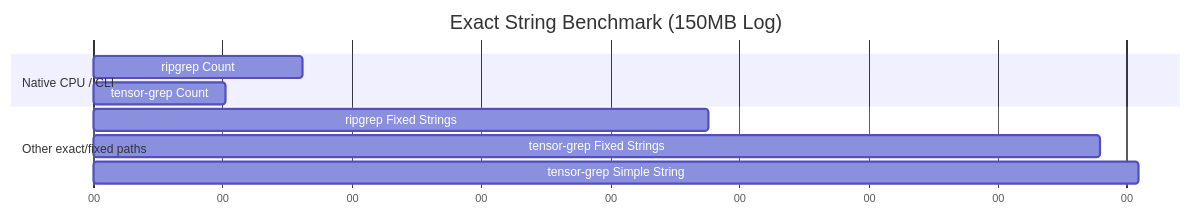
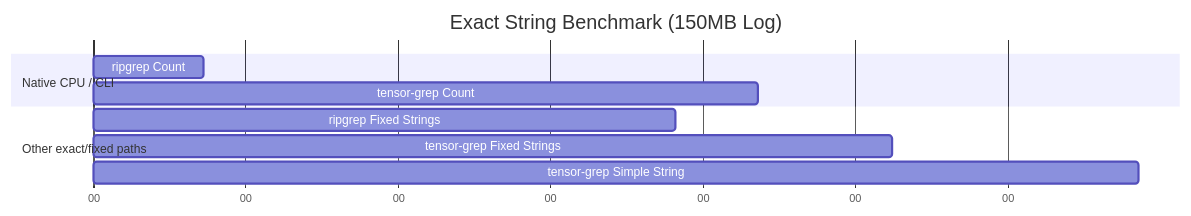
Before and after one commit to oimiragieo/tensor-grep: the third of 3 diagrams in docs/PAPER.md, drawn with Mermaid. The commit also changed other lines of this file and 1 other file, not shown here.

````diff
--- a/docs/PAPER.md
+++ b/docs/PAPER.md
@@ -128,15 +128,15 @@
 ```mermaid
 gantt
     title Exact String Benchmark (150MB Log)
     dateFormat  s
     axisFormat %S
     
     section Native CPU / CLI
-    ripgrep Count              :a1, 0, 0.162s
-    tensor-grep Count          :a2, 0, 0.102s
+    ripgrep Count              :a1, 0, 0.036s
+    tensor-grep Count          :a2, 0, 0.218s
     
     section Other exact/fixed paths
-    ripgrep Fixed Strings      :a3, 0, 0.476s
-    tensor-grep Fixed Strings  :a4, 0, 0.779s
-    tensor-grep Simple String  :a5, 0, 0.809s
+    ripgrep Fixed Strings      :a3, 0, 0.191s
+    tensor-grep Fixed Strings  :a4, 0, 0.262s
+    tensor-grep Simple String  :a5, 0, 0.343s
 ```
````
